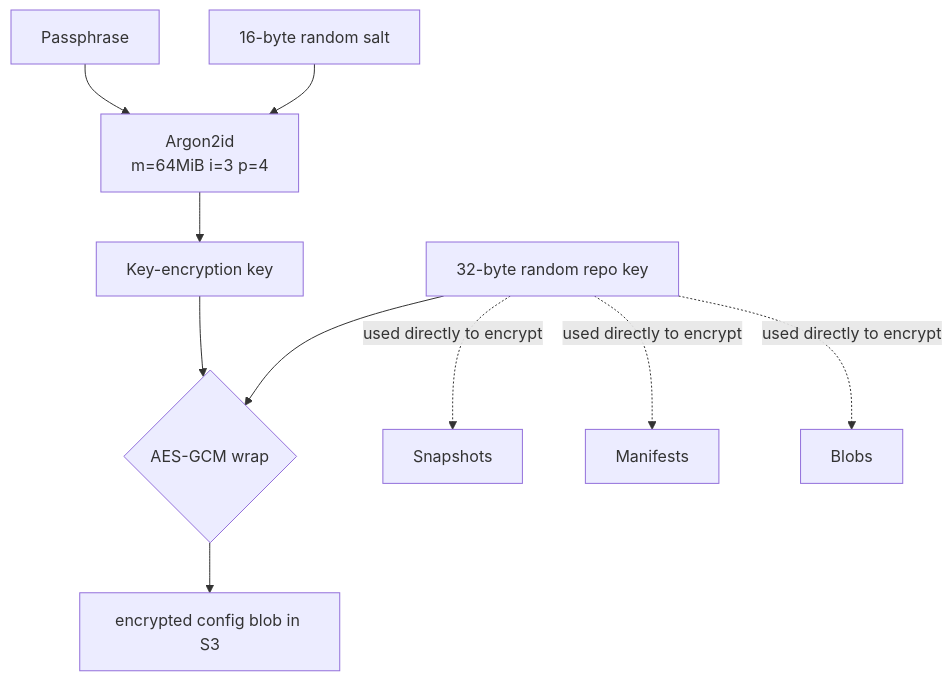
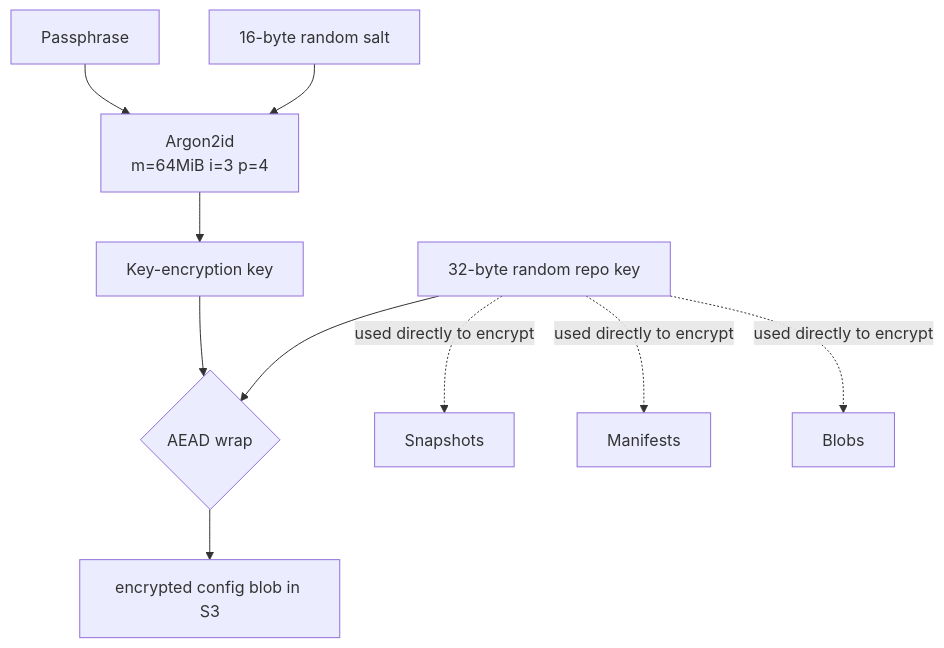
Before and after one commit to markgustetic/sentra: the second of 5 diagrams in docs/architecture.md, drawn with Mermaid. The commit also changed other lines of this file and 33 other files, not shown here.

````diff
--- a/docs/architecture.md
+++ b/docs/architecture.md
@@ -61,10 +61,10 @@
 ```mermaid
 flowchart TD
     PP[Passphrase] --> Argon[Argon2id<br/>m=64MiB i=3 p=4]
     Salt[16-byte random salt] --> Argon
     Argon --> KEK[Key-encryption key]
-    RepoKey[32-byte random repo key] --> Wrap{AES-GCM wrap}
+    RepoKey[32-byte random repo key] --> Wrap{AEAD wrap}
     KEK --> Wrap
     Wrap --> CfgBlob[encrypted config blob in S3]
     RepoKey -. used directly to encrypt .-> Snapshots & Manifests & Blobs
 ```
````
